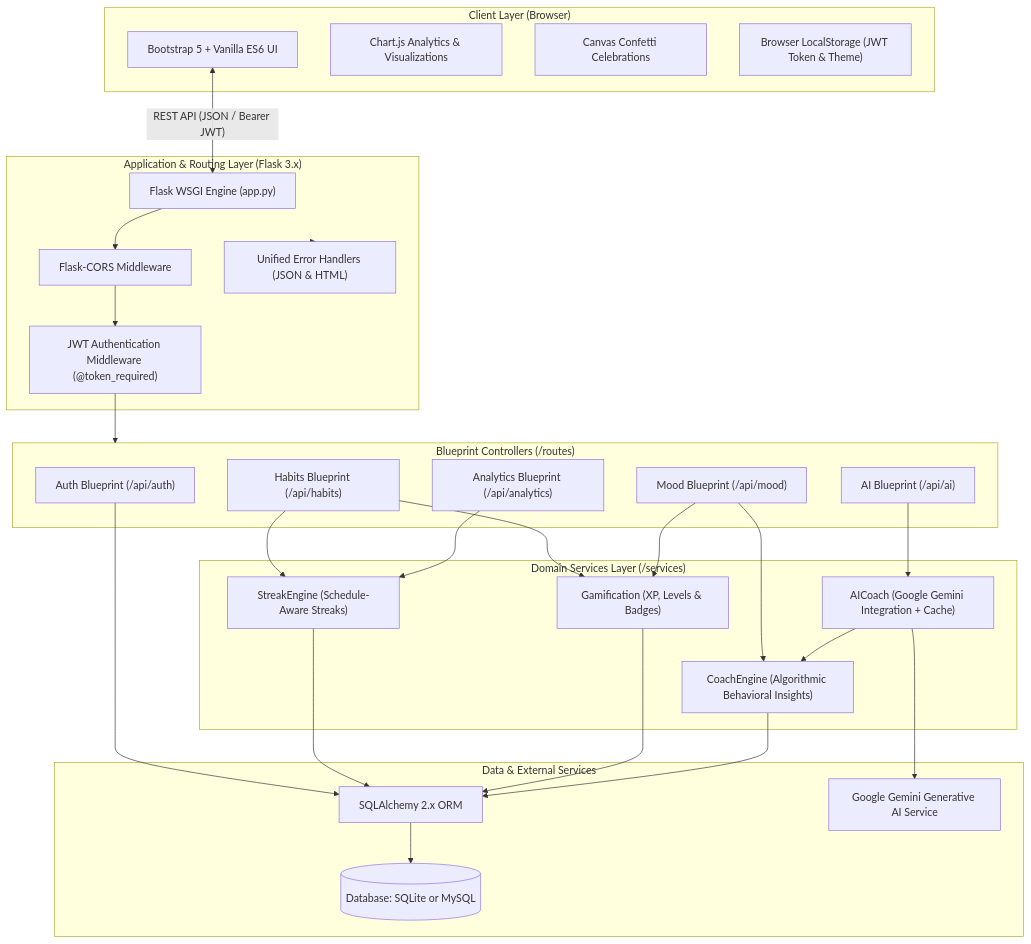
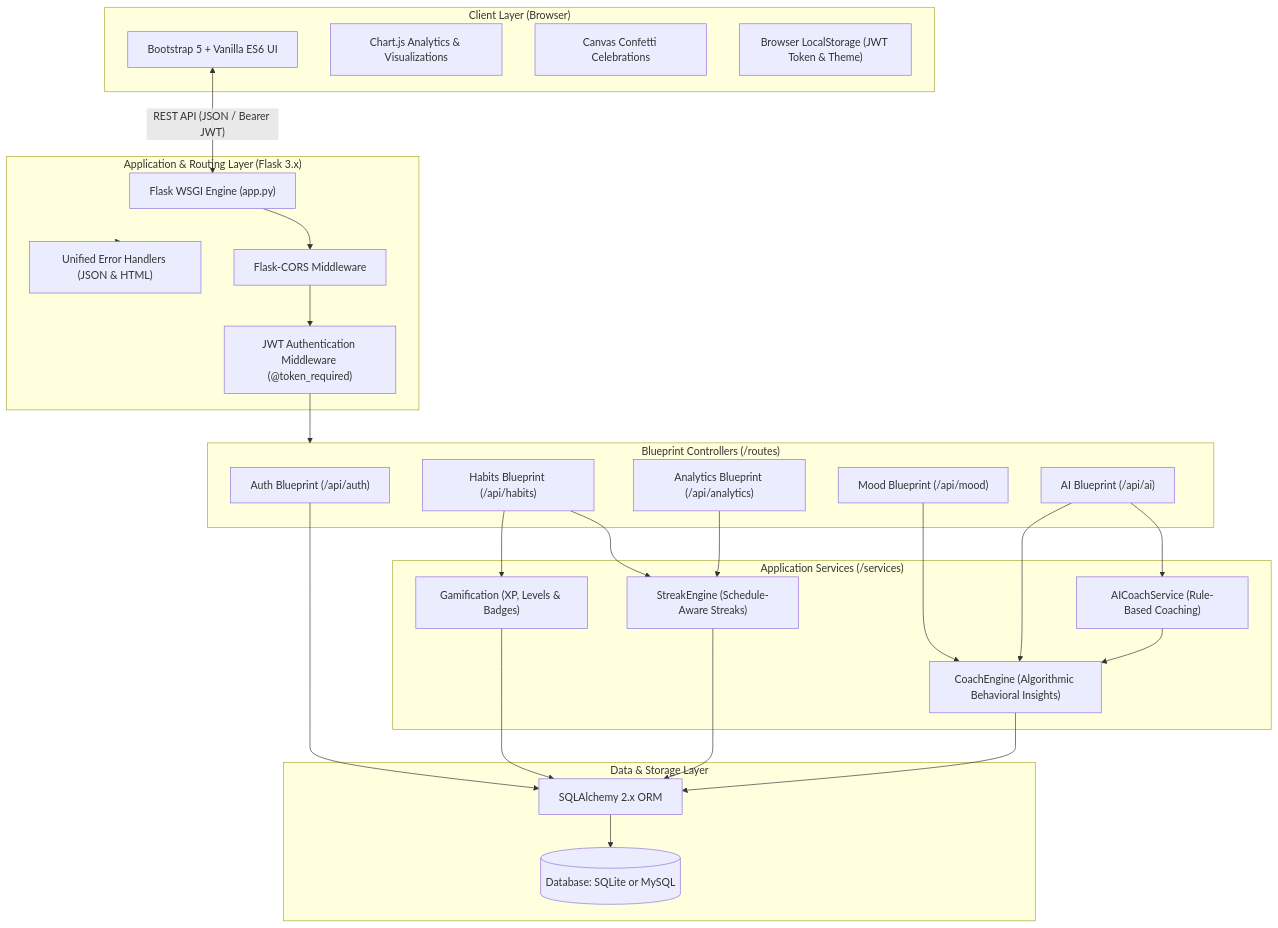
The first of 10 diagrams in README.md (KerberoSec/Sanyam_Hackathon_2nd_Rank), drawn with Mermaid before and after one commit. The commit also changed other lines of this file and 33 other files, not shown here.

````diff
--- a/README.md
+++ b/README.md
@@ -48,58 +50,56 @@
 ```mermaid
 graph TD
     subgraph Client_Layer ["Client Layer (Browser)"]
         UI["Bootstrap 5 + Vanilla ES6 UI"]
         ChartJS["Chart.js Analytics & Visualizations"]
         Confetti["Canvas Confetti Celebrations"]
         LocalStorage["Browser LocalStorage (JWT Token & Theme)"]
     end
 
     subgraph Gateway_Layer ["Application & Routing Layer (Flask 3.x)"]
         WSGI["Flask WSGI Engine (app.py)"]
         CORS["Flask-CORS Middleware"]
         AuthMid["JWT Authentication Middleware (@token_required)"]
         ErrHandlers["Unified Error Handlers (JSON & HTML)"]
     end
 
     subgraph Controller_Layer ["Blueprint Controllers (/routes)"]
         AuthBP["Auth Blueprint (/api/auth)"]
         HabitsBP["Habits Blueprint (/api/habits)"]
         AnalyticsBP["Analytics Blueprint (/api/analytics)"]
         MoodBP["Mood Blueprint (/api/mood)"]
         AIBP["AI Blueprint (/api/ai)"]
     end
 
-    subgraph Service_Layer ["Domain Services Layer (/services)"]
+    subgraph Service_Layer ["Application Services (/services)"]
         StreakEngine["StreakEngine (Schedule-Aware Streaks)"]
         GamificationEngine["Gamification (XP, Levels & Badges)"]
         CoachEngine["CoachEngine (Algorithmic Behavioral Insights)"]
-        AICoach["AICoach (Google Gemini Integration + Cache)"]
+        AICoachService["AICoachService (Rule-Based Coaching)"]
     end
 
-    subgraph Persistence_Layer ["Data & External Services"]
+    subgraph Persistence_Layer ["Data & Storage Layer"]
         SQLAlchemy["SQLAlchemy 2.x ORM"]
         DB[("Database: SQLite or MySQL")]
-        GeminiAPI["Google Gemini Generative AI Service"]
     end
 
     UI <--> |"REST API (JSON / Bearer JWT)"| WSGI
     WSGI --> CORS
     CORS --> AuthMid
     AuthMid --> Controller_Layer
     Gateway_Layer --> ErrHandlers
 
     AuthBP --> SQLAlchemy
     HabitsBP --> StreakEngine
     HabitsBP --> GamificationEngine
     AnalyticsBP --> StreakEngine
-    MoodBP --> GamificationEngine
     MoodBP --> CoachEngine
-    AIBP --> AICoach
-    AICoach --> CoachEngine
-    AICoach --> GeminiAPI
+    AIBP --> AICoachService
+    AIBP --> CoachEngine
+    AICoachService --> CoachEngine
 
     StreakEngine --> SQLAlchemy
     GamificationEngine --> SQLAlchemy
     CoachEngine --> SQLAlchemy
     SQLAlchemy --> DB
 ```
````
